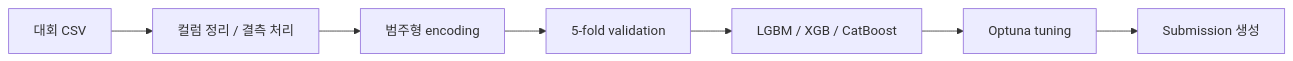
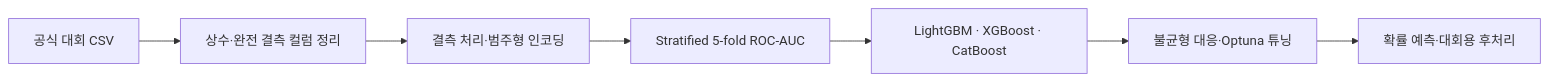
One commit to scnelMG/LG_AImers_6th_pregnancy_prediction changed the diagram in README.md. Above: the diagram before and after it, drawn with Mermaid. The commit also changed other lines of this file and 11 other files, not shown here.

````diff
--- a/README.md
+++ b/README.md
@@ -54,9 +35,9 @@
 ```mermaid
 flowchart LR
-    A["대회 CSV"] --> B["컬럼 정리 / 결측 처리"]
-    B --> C["범주형 encoding"]
-    C --> D["5-fold validation"]
-    D --> E["LGBM / XGB / CatBoost"]
-    E --> F["Optuna tuning"]
-    F --> G["Submission 생성"]
+    A["공식 대회 CSV"] --> B["상수·완전 결측 컬럼 정리"]
+    B --> C["결측 처리·범주형 인코딩"]
+    C --> D["Stratified 5-fold ROC-AUC"]
+    D --> E["LightGBM · XGBoost · CatBoost"]
+    E --> F["불균형 대응·Optuna 튜닝"]
+    F --> G["확률 예측·대회용 후처리"]
 ```
````
